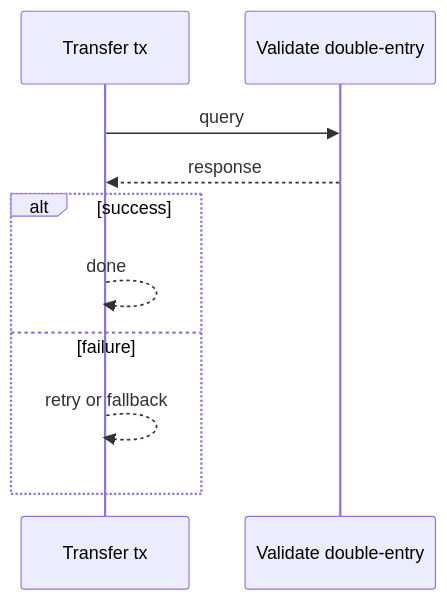
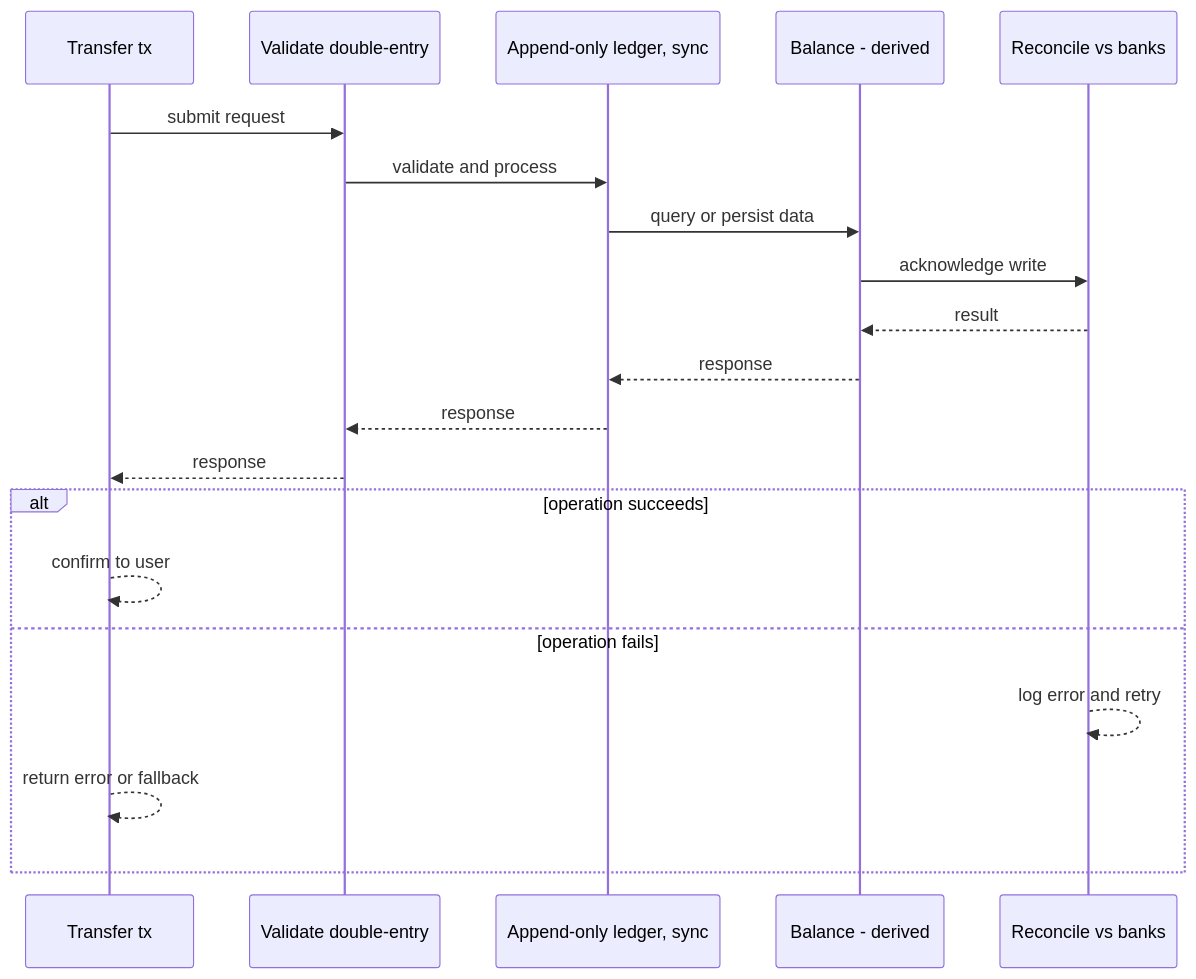
One commit to RIT-MESH/system-design-mastery changed the diagram in diagrams/case-studies/banking-ledger/request-sequence.mmd. Above: the diagram before and after it, drawn with Mermaid. The commit also changed 127 other files, not shown here.

First line of the commit message:
Improve all case study diagrams: case-specific sequences, fix truncated labels

```diff
--- a/diagrams/case-studies/banking-ledger/request-sequence.mmd
+++ b/diagrams/case-studies/banking-ledger/request-sequence.mmd
@@ -1,11 +1,21 @@
 %% created-for: system-design-mastery
 sequenceDiagram
   participant P0 as Transfer tx
   participant P1 as Validate double-entry
-  P0 ->> P1: query
+  participant P2 as Append-only ledger, sync
+  participant P3 as Balance - derived
+  participant P4 as Reconcile vs banks
+  P0 ->> P1: submit request
+  P1 ->> P2: validate and process
+  P2 ->> P3: query or persist data
+  P3 ->> P4: acknowledge write
+  P4 -->> P3: result
+  P3 -->> P2: response
+  P2 -->> P1: response
   P1 -->> P0: response
-  alt success
-    P0 -->> P0: done
-  else failure
-    P0 -->> P0: retry or fallback
+  alt operation succeeds
+    P0 -->> P0: confirm to user
+  else operation fails
+    P4 -->> P4: log error and retry
+    P0 -->> P0: return error or fallback
   end
```
